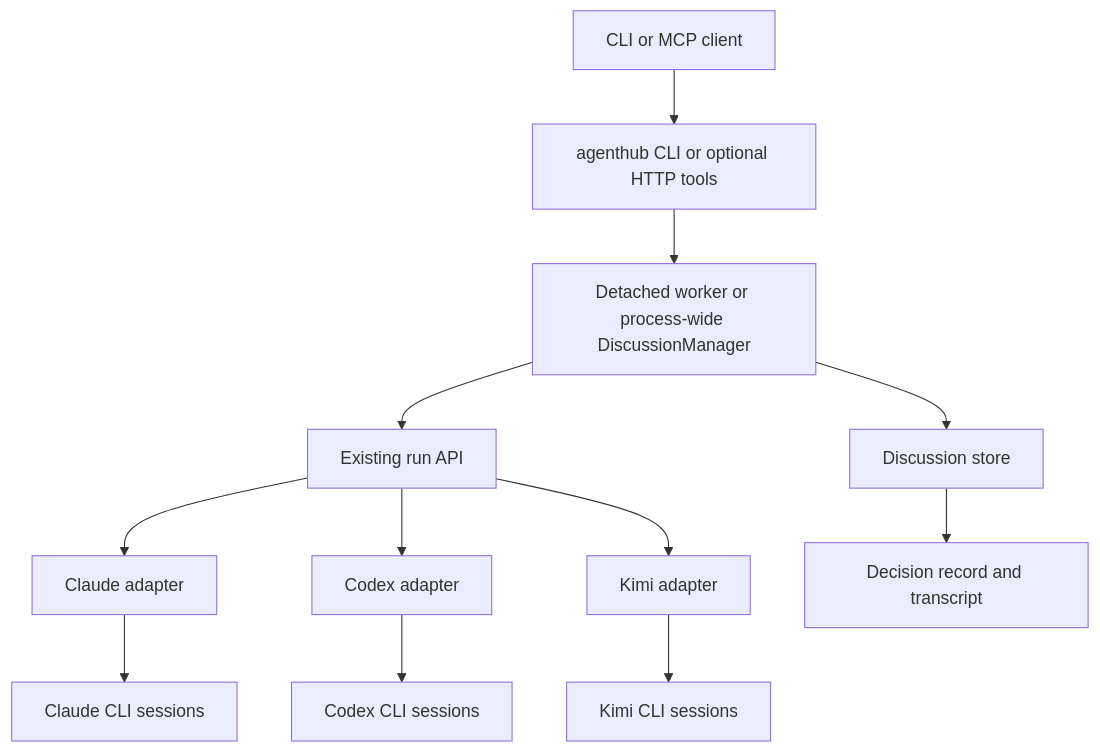
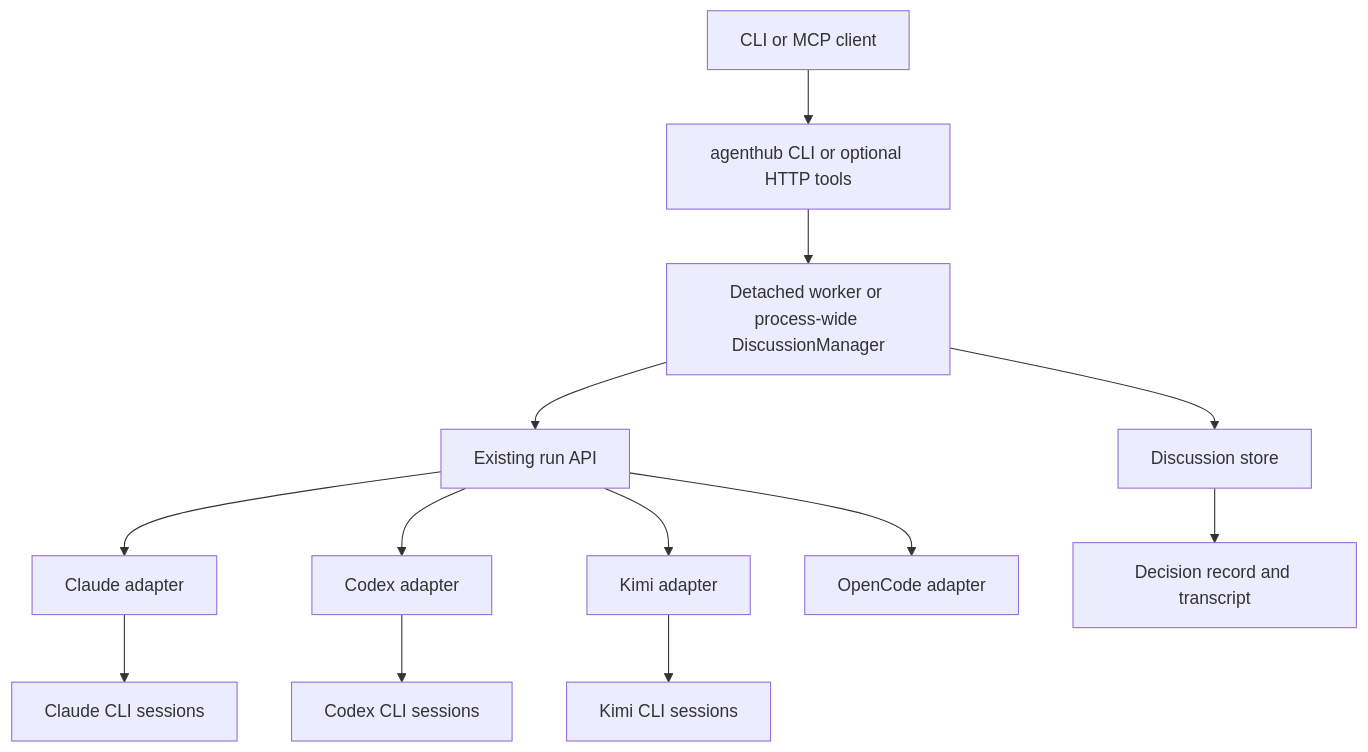
The diagram in docs/discussion-design.md (damaged-soda/agent-hub-mcp), drawn with Mermaid before and after one commit. The commit also changed other lines of this file and 12 other files, not shown here.

Commit message:
接入 OpenCode agent adapter

````diff
--- a/docs/discussion-design.md
+++ b/docs/discussion-design.md
@@ -150,14 +150,15 @@
 ```mermaid
 flowchart TD
     Client["CLI or MCP client"] --> Entry["agenthub CLI or optional HTTP tools"]
     Entry --> Manager["Detached worker or process-wide DiscussionManager"]
     Manager --> Store["Discussion store"]
     Manager --> Runs["Existing run API"]
     Runs --> A1["Claude adapter"]
     Runs --> A2["Codex adapter"]
     Runs --> A3["Kimi adapter"]
+    Runs --> A4["OpenCode adapter"]
     A1 --> S1["Claude CLI sessions"]
     A2 --> S2["Codex CLI sessions"]
     A3 --> S3["Kimi CLI sessions"]
     Store --> Decision["Decision record and transcript"]
 ```
````
